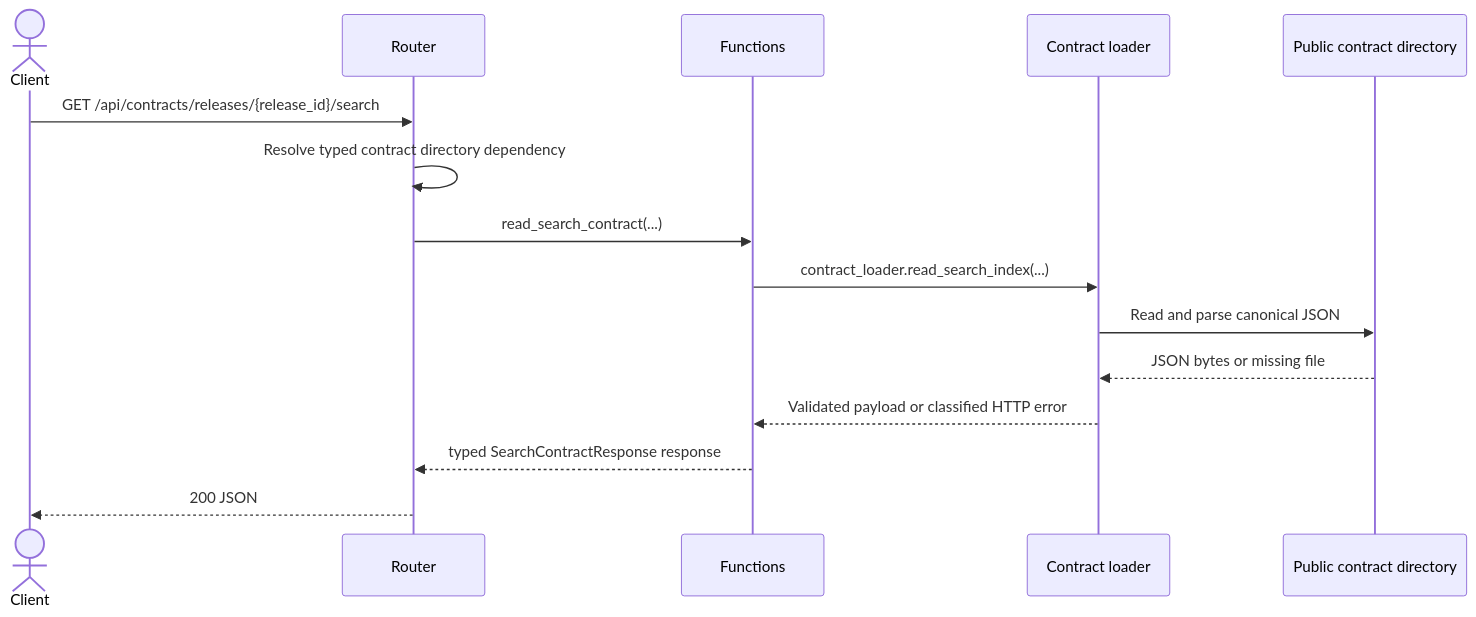
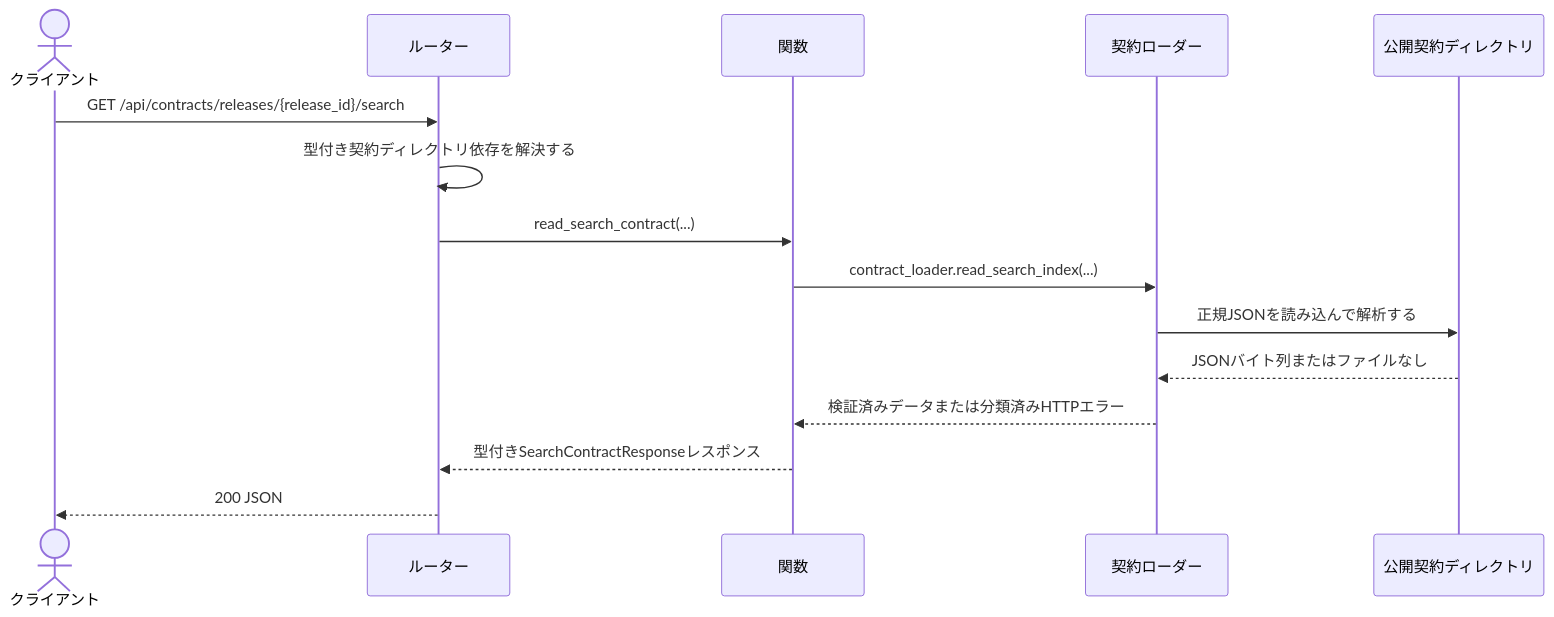
The diagram in backend/docs/api/operations/getReleaseSearchContract/sequence.gen.md (tsuji-tomonori/diopside-v7), drawn with Mermaid before and after one commit. The commit also changed other lines of this file and 142 other files, not shown here.

````diff
--- a/backend/docs/api/operations/getReleaseSearchContract/sequence.gen.md
+++ b/backend/docs/api/operations/getReleaseSearchContract/sequence.gen.md
@@ -3,17 +3,17 @@
 ```mermaid
 sequenceDiagram
-    actor Client
-    participant Router
-    participant Functions
-    participant Loader as Contract loader
-    participant Storage as Public contract directory
+    actor Client as クライアント
+    participant Router as ルーター
+    participant Functions as 関数
+    participant Loader as 契約ローダー
+    participant Storage as 公開契約ディレクトリ
     Client->>Router: GET /api/contracts/releases/{release_id}/search
-    Router->>Router: Resolve typed contract directory dependency
+    Router->>Router: 型付き契約ディレクトリ依存を解決する
     Router->>Functions: read_search_contract(...) 
     Functions->>Loader: contract_loader.read_search_index(...) 
-    Loader->>Storage: Read and parse canonical JSON
-    Storage-->>Loader: JSON bytes or missing file
-    Loader-->>Functions: Validated payload or classified HTTP error
-    Functions-->>Router: typed SearchContractResponse response
+    Loader->>Storage: 正規JSONを読み込んで解析する
+    Storage-->>Loader: JSONバイト列またはファイルなし
+    Loader-->>Functions: 検証済みデータまたは分類済みHTTPエラー
+    Functions-->>Router: 型付きSearchContractResponseレスポンス
     Router-->>Client: 200 JSON
 ```
````
